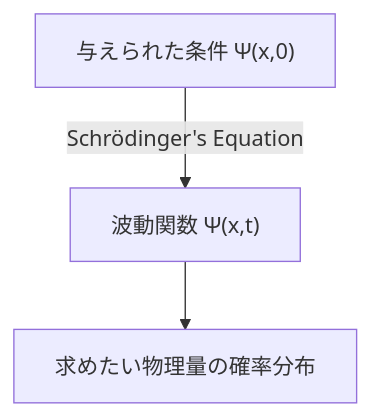
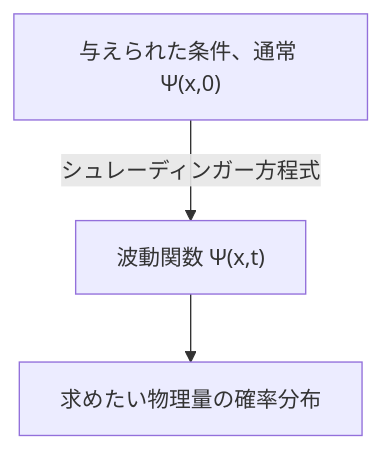
The second of 2 diagrams in _posts/ja/2024-10-08-schrodinger-equation-and-the-wave-function.md (yunseo-kim/yunseo-kim.github.io), drawn with Mermaid before and after one commit. The commit also changed other lines of this file and 6 other files, not shown here.

````diff
--- a/_posts/ja/2024-10-08-schrodinger-equation-and-the-wave-function.md
+++ b/_posts/ja/2024-10-08-schrodinger-equation-and-the-wave-function.md
@@ -38,5 +55,5 @@
 ```mermaid
 flowchart TD
-	conditions["与えられた条件 Ψ(x,0)"] -- "Schrödinger's Equation" --> x["波動関数 Ψ(x,t)"]
+	conditions["与えられた条件、通常 Ψ(x,0)"] -- "シュレーディンガー方程式" --> x["波動関数 Ψ(x,t)"]
 	x --> quantities["求めたい物理量の確率分布"]
 ```
````
